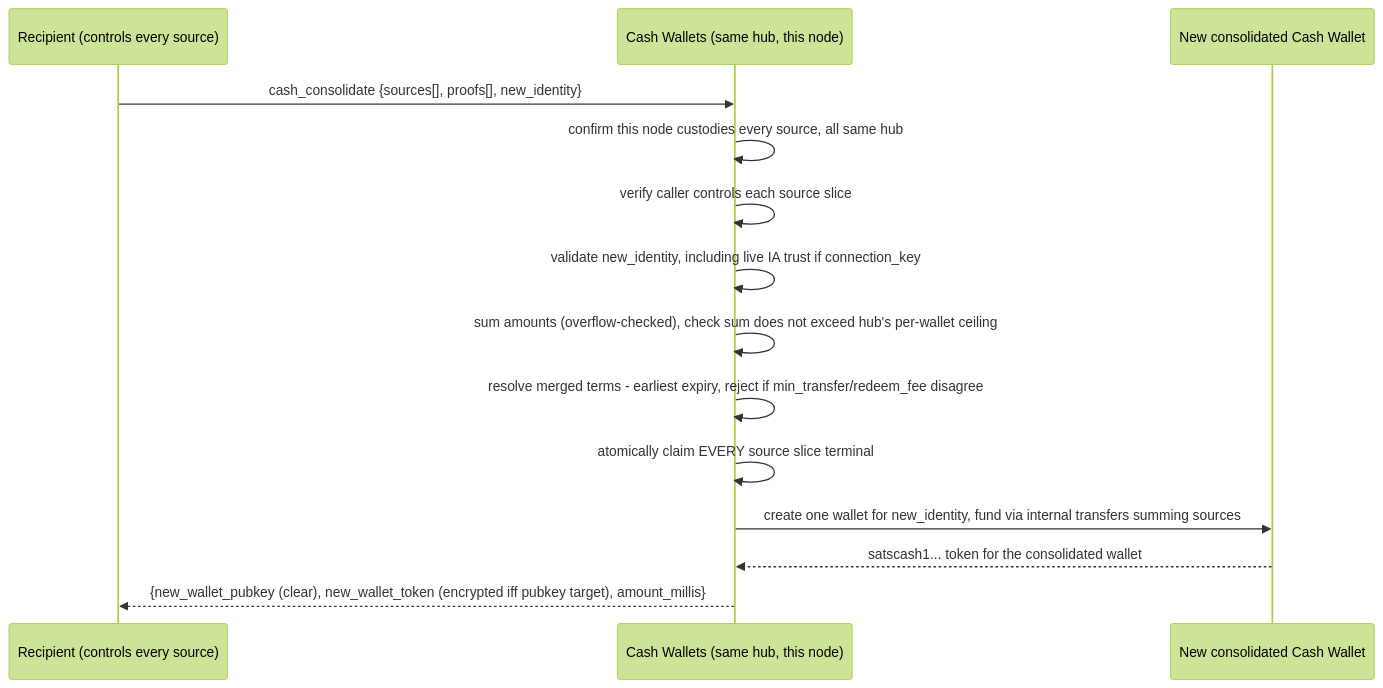
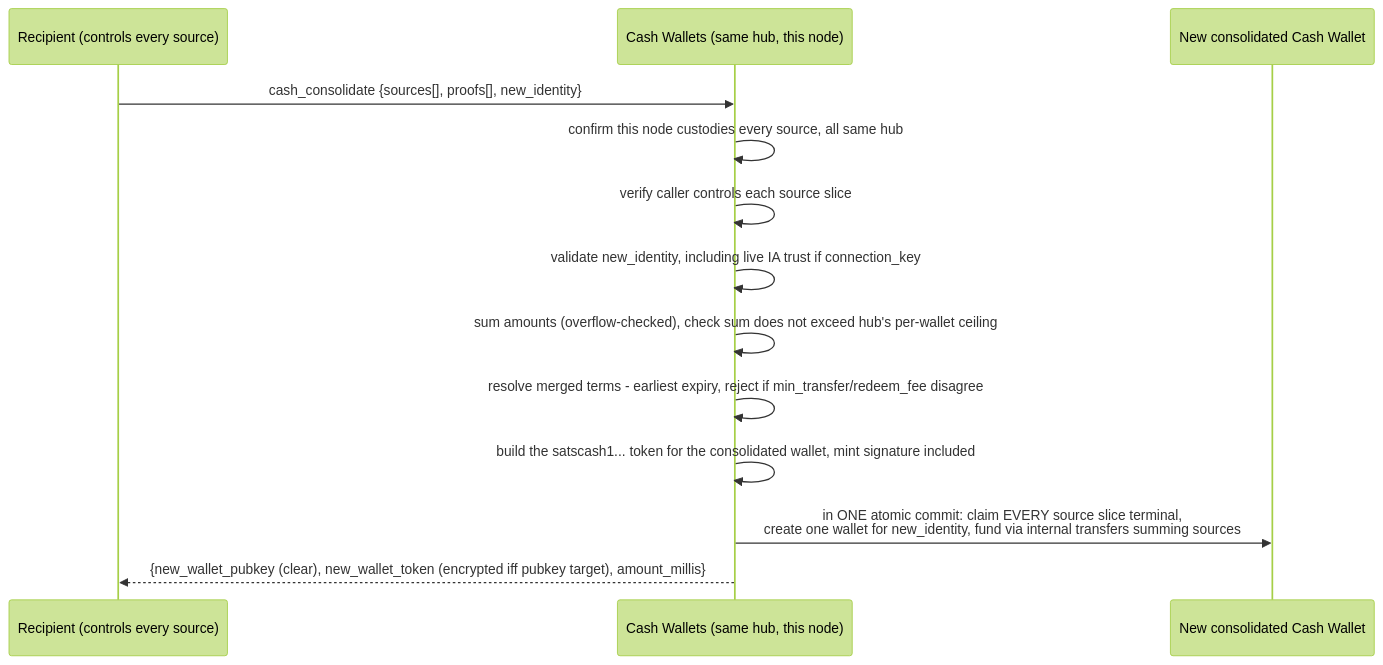
One commit to ohstr/nips changed the sixth of 8 diagrams in NIP-CASH.md. Above: the diagram before and after it, drawn with Mermaid (forest theme). The commit also changed other lines of this file, not shown here.

Commit message:
docs(nip-cash): replace the compensating saga with one atomic commit, tokens signed first

````diff
--- a/NIP-CASH.md
+++ b/NIP-CASH.md
@@ -1151,17 +1137,16 @@
 ```mermaid
 sequenceDiagram
     participant Caller as Recipient (controls every source)
     participant Node as Cash Wallets (same hub, this node)
     participant New as New consolidated Cash Wallet
 
     Caller->>Node: cash_consolidate {sources[], proofs[], new_identity}
     Node->>Node: confirm this node custodies every source, all same hub
     Node->>Node: verify caller controls each source slice
     Node->>Node: validate new_identity, including live IA trust if connection_key
     Node->>Node: sum amounts (overflow-checked), check sum does not exceed hub's per-wallet ceiling
     Node->>Node: resolve merged terms - earliest expiry, reject if min_transfer/redeem_fee disagree
-    Node->>Node: atomically claim EVERY source slice terminal
-    Node->>New: create one wallet for new_identity, fund via internal transfers summing sources
-    New-->>Node: satscash1... token for the consolidated wallet
+    Node->>Node: build the satscash1... token for the consolidated wallet, mint signature included
+    Node->>New: in ONE atomic commit: claim EVERY source slice terminal,<br/>create one wallet for new_identity, fund via internal transfers summing sources
     Node-->>Caller: {new_wallet_pubkey (clear), new_wallet_token (encrypted iff pubkey target), amount_millis}
 ```
````
